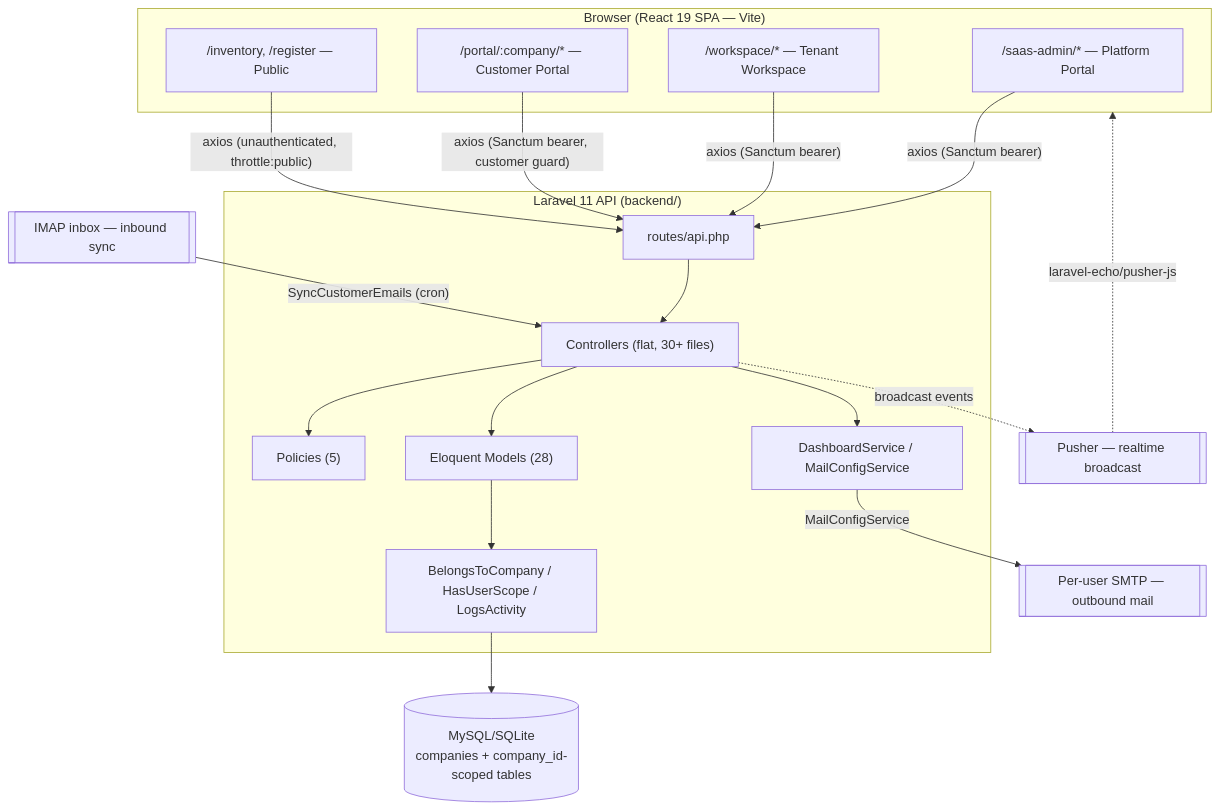
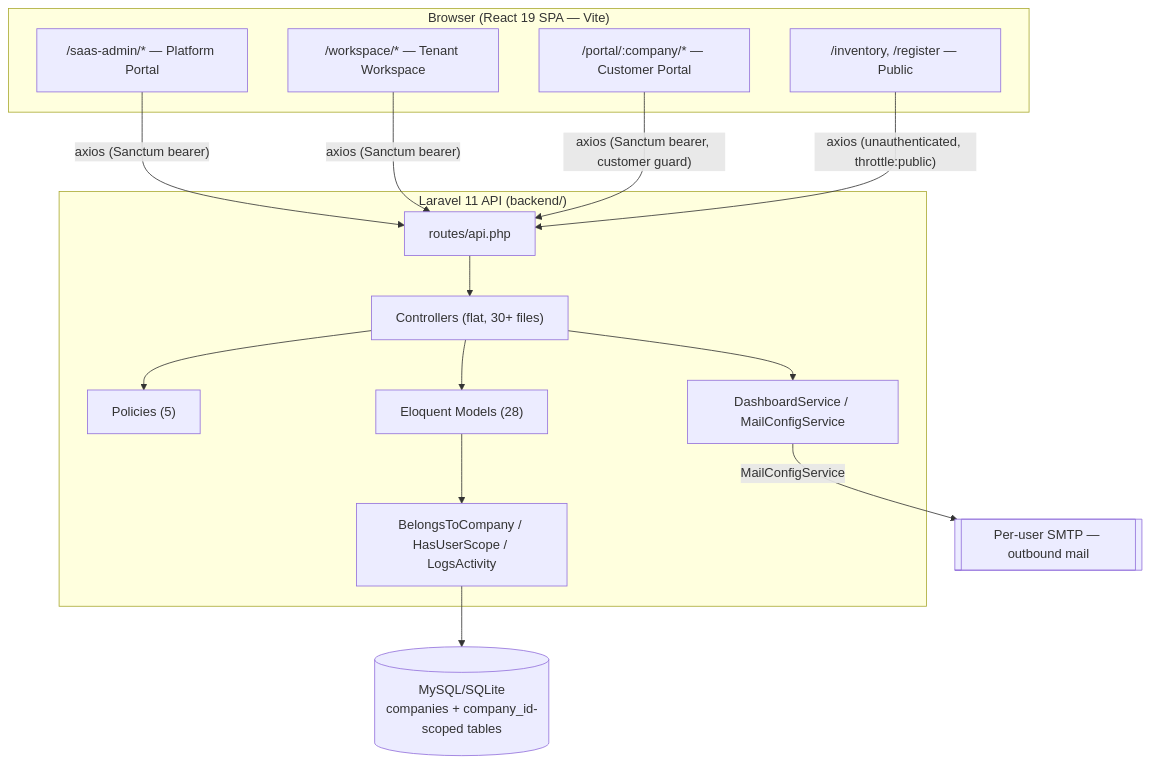
One commit to teklito-uae/zeronix-portal changed the first of 7 diagrams in ARCHITECTURE.md. Above: the diagram before and after it, drawn with Mermaid. The commit also changed other lines of this file and 45 other files, not shown here.

````diff
--- a/ARCHITECTURE.md
+++ b/ARCHITECTURE.md
@@ -9,39 +9,34 @@
 ```mermaid
 graph TB
     subgraph Client["Browser (React 19 SPA — Vite)"]
         SAdmin["/saas-admin/* — Platform Portal"]
         Workspace["/workspace/* — Tenant Workspace"]
         Portal["/portal/:company/* — Customer Portal"]
         Public["/inventory, /register — Public"]
     end
 
     subgraph API["Laravel 11 API (backend/)"]
         Routes["routes/api.php"]
         Controllers["Controllers (flat, 30+ files)"]
         Policies["Policies (5)"]
         Traits["BelongsToCompany / HasUserScope / LogsActivity"]
         Services["DashboardService / MailConfigService"]
         Models["Eloquent Models (28)"]
     end
 
     DB[(MySQL/SQLite\ncompanies + company_id-scoped tables)]
-    Pusher[[Pusher — realtime broadcast]]
     SMTP[[Per-user SMTP — outbound mail]]
-    IMAP[[IMAP inbox — inbound sync]]
 
     SAdmin -- "axios (Sanctum bearer)" --> Routes
     Workspace -- "axios (Sanctum bearer)" --> Routes
     Portal -- "axios (Sanctum bearer, customer guard)" --> Routes
     Public -- "axios (unauthenticated, throttle:public)" --> Routes
 
     Routes --> Controllers
     Controllers --> Policies
     Controllers --> Services
     Controllers --> Models
     Models --> Traits
     Traits --> DB
-    Controllers -. "broadcast events" .-> Pusher
-    Pusher -. "laravel-echo/pusher-js" .-> Client
     Services -- "MailConfigService" --> SMTP
-    IMAP -- "SyncCustomerEmails (cron)" --> Controllers
 ```
````
